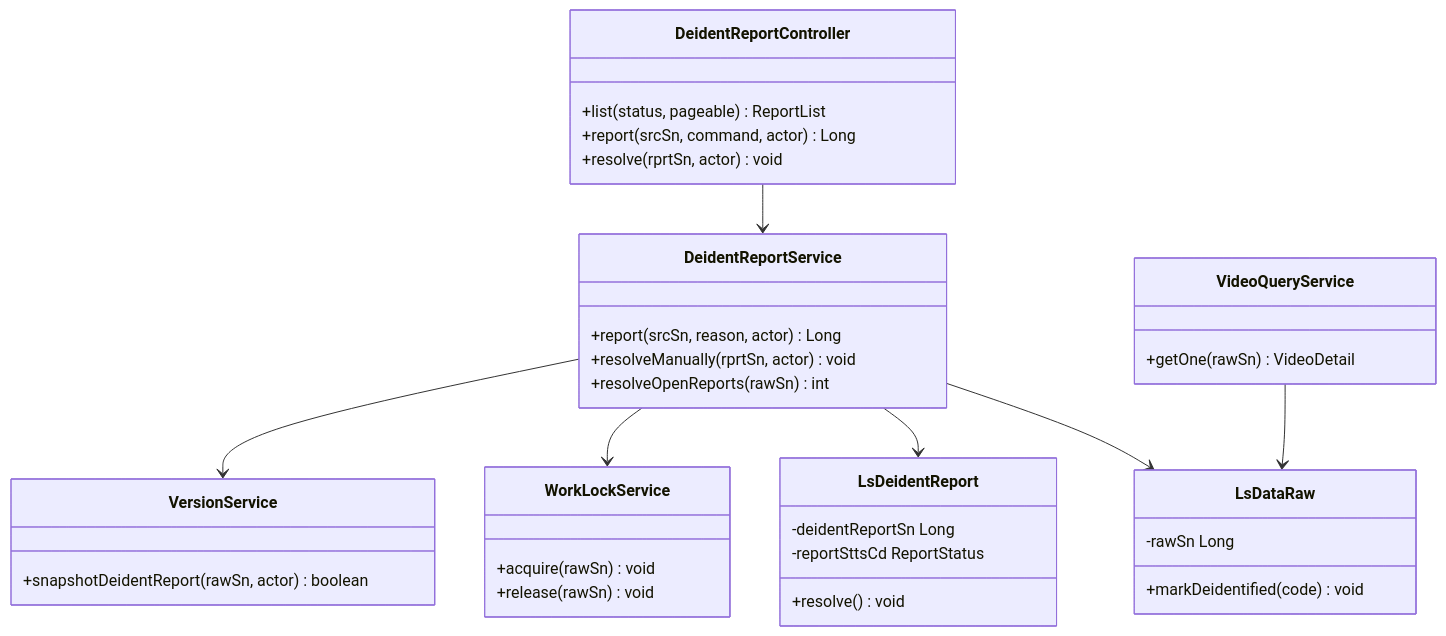
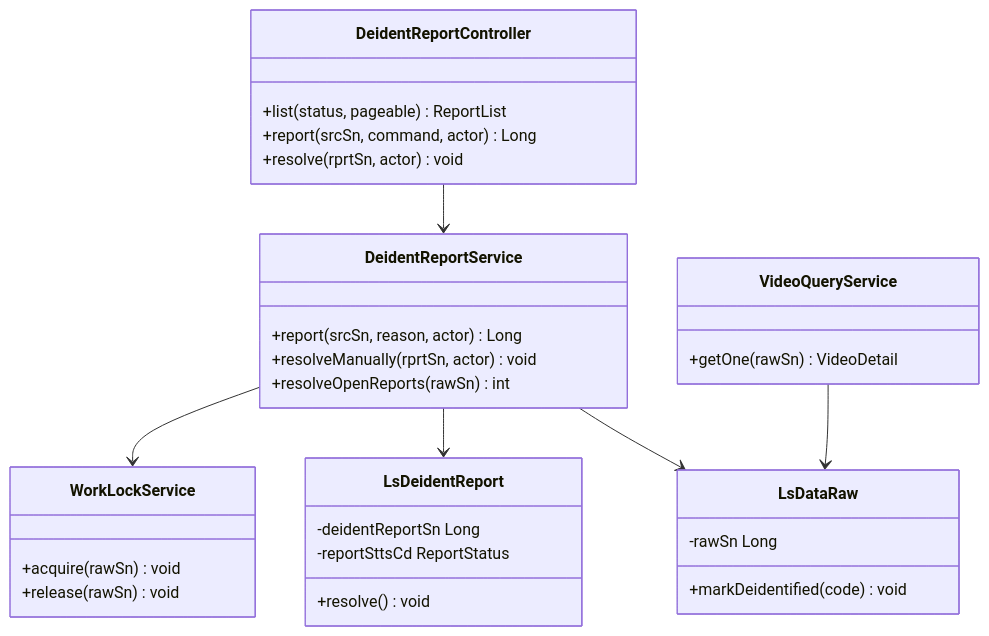
Before and after one commit to New-stella/klid-label: diagram 31 of 36 in docs/design/D1-클래스설계서.md, drawn with Mermaid. The commit also changed other lines of this file and 2 other files, not shown here.

````diff
--- a/docs/design/D1-클래스설계서.md
+++ b/docs/design/D1-클래스설계서.md
@@ -1227,38 +1233,34 @@
 ```mermaid
 classDiagram
     class DeidentReportController {
         +list(status, pageable) ReportList
         +report(srcSn, command, actor) Long
         +resolve(rprtSn, actor) void
     }
     class DeidentReportService {
         +report(srcSn, reason, actor) Long
         +resolveManually(rprtSn, actor) void
         +resolveOpenReports(rawSn) int
     }
     class VideoQueryService {
         +getOne(rawSn) VideoDetail
     }
-    class VersionService {
-        +snapshotDeidentReport(rawSn, actor) boolean
-    }
     class WorkLockService {
         +acquire(rawSn) void
         +release(rawSn) void
     }
     class LsDeidentReport {
         -deidentReportSn Long
         -reportSttsCd ReportStatus
         +resolve() void
     }
     class LsDataRaw {
         -rawSn Long
         +markDeidentified(code) void
     }
     DeidentReportController --> DeidentReportService
-    DeidentReportService --> VersionService
     DeidentReportService --> WorkLockService
     DeidentReportService --> LsDeidentReport
     DeidentReportService --> LsDataRaw
     VideoQueryService --> LsDataRaw
 ```
````
